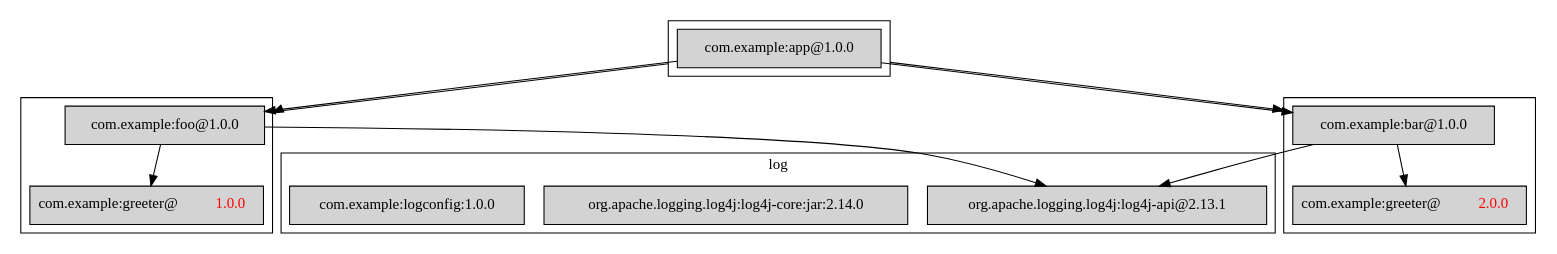
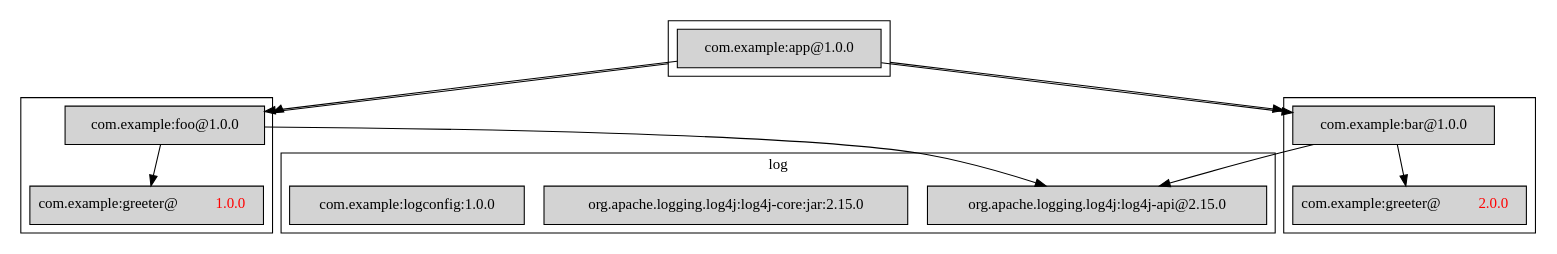
The diagram in images/example.dot (moditect/layrry), drawn with Graphviz before and after one commit. The commit also changed 9 other files, not shown here.

```diff
--- a/images/example.dot
+++ b/images/example.dot
@@ -1,45 +1,45 @@
 
 
 
 digraph "package dependencies"
 {
     node [shape=box]
     compound=true;
     
     subgraph cluster_log {
         node [style=filled];
-    	"org.apache.logging.log4j:log4j-api@2.13.1"
-    	"org.apache.logging.log4j:log4j-core:jar:2.14.0"
+        "org.apache.logging.log4j:log4j-api@2.15.0"
+        "org.apache.logging.log4j:log4j-core:jar:2.15.0"
         "com.example:logconfig:1.0.0"
     	label = "log";
     }
     
     subgraph cluster_foo {
         node [style=filled];
         
         
         "com.example:foo@1.0.0";
         "com.example:greeter@1.0.0" [label=<com.example:greeter@<font color='red'>1.0.0</font>>];
         
-        "com.example:foo@1.0.0" -> "org.apache.logging.log4j:log4j-api@2.13.1";
+        "com.example:foo@1.0.0" -> "org.apache.logging.log4j:log4j-api@2.15.0";
         "com.example:foo@1.0.0" -> "com.example:greeter@1.0.0";
     }
     
     subgraph cluster_bar {
         node [style=filled];
         
         "com.example:greeter@2.0.0" [label=<com.example:greeter@<font color='red'>2.0.0</font>>];
-        "com.example:bar@1.0.0" -> "org.apache.logging.log4j:log4j-api@2.13.1";
+        "com.example:bar@1.0.0" -> "org.apache.logging.log4j:log4j-api@2.15.0";
         "com.example:bar@1.0.0" -> "com.example:greeter@2.0.0";
     }
     
     subgraph cluster_app {
         node [style=filled];
         
         "com.example:app@1.0.0"  -> "com.example:foo@1.0.0";
         "com.example:app@1.0.0"  -> "com.example:bar@1.0.0";
         
         "com.example:app@1.0.0"  -> "com.example:foo@1.0.0" [ltail=cluster_app,lhead=cluster_foo];
         "com.example:app@1.0.0"  -> "com.example:bar@1.0.0" [ltail=cluster_app,lhead=cluster_bar];
     }
 }
```
